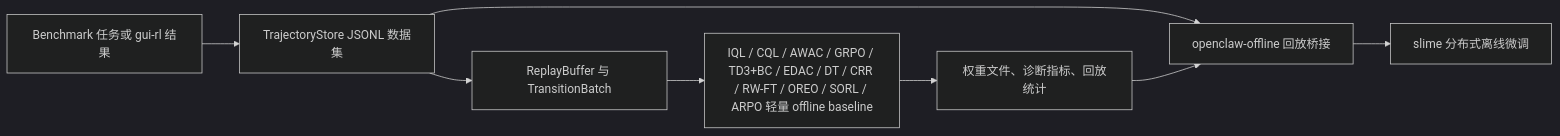
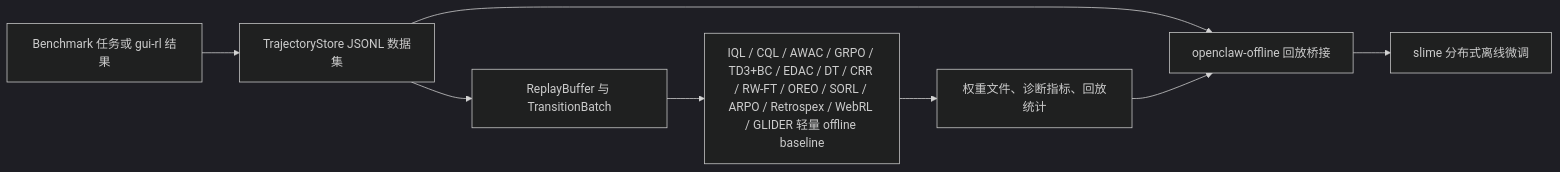
The diagram in README.zh-CN.md (MING-ZCH/OpenClaw-RL-Offline), drawn with Mermaid (dark theme) before and after one commit. The commit also changed other lines of this file and 9 other files, not shown here.

First line of the commit message:
feat: add Retrospex+WebRL+GLIDER algorithms; 179/179 tests pass

````diff
--- a/README.zh-CN.md
+++ b/README.zh-CN.md
@@ -9,10 +9,10 @@
 ```mermaid
 flowchart LR
   A[Benchmark 任务或 gui-rl 结果] --> B[TrajectoryStore JSONL 数据集]
   B --> C[ReplayBuffer 与 TransitionBatch]
-  C --> D[IQL / CQL / AWAC / GRPO / TD3+BC / EDAC / DT / CRR / RW-FT / OREO / SORL / ARPO 轻量 offline baseline]
+  C --> D[IQL / CQL / AWAC / GRPO / TD3+BC / EDAC / DT / CRR / RW-FT / OREO / SORL / ARPO / Retrospex / WebRL / GLIDER 轻量 offline baseline]
   D --> E[权重文件、诊断指标、回放统计]
   B --> F[openclaw-offline 回放桥接]
   E --> F
   F --> G[slime 分布式离线微调]
 ```
````
